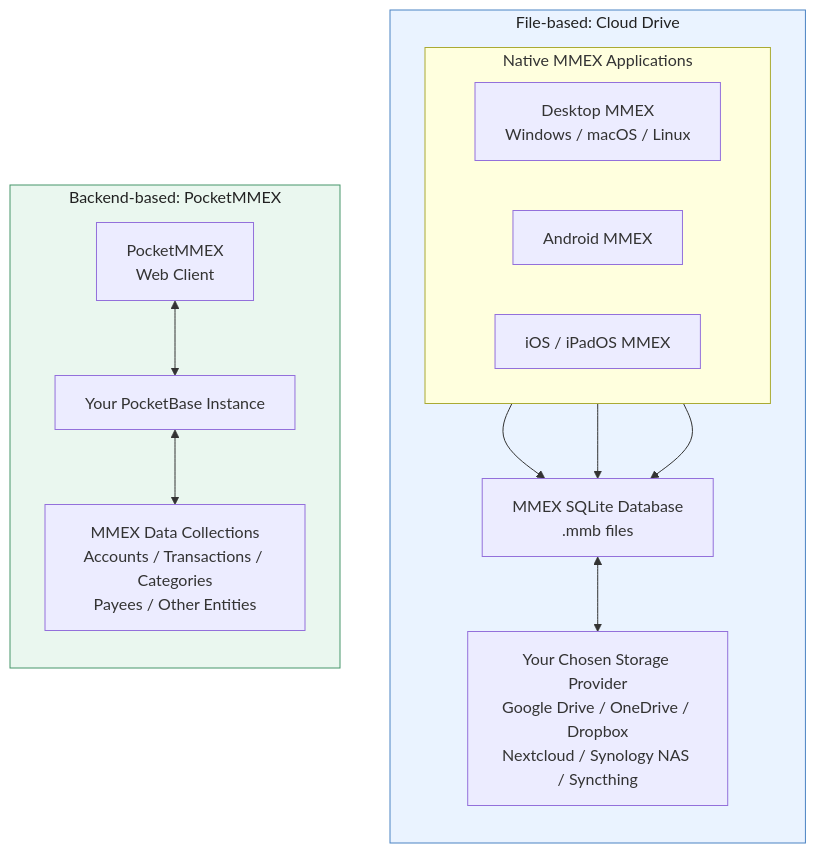
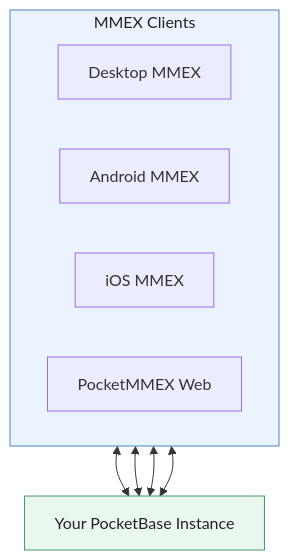
One commit to moneymanagerex/moneymanagerex.github.io changed the second of 2 diagrams in content/en/docs/features/usecloud/index.md. Above: the diagram before and after it, drawn with Mermaid. The commit also changed other lines of this file, not shown here.

````diff
--- a/content/en/docs/features/usecloud/index.md
+++ b/content/en/docs/features/usecloud/index.md
@@ -107,36 +129,20 @@
 ```mermaid
 flowchart TB
-    subgraph FILE["File-based: Cloud Drive"]
-        direction TB
-
-        subgraph NATIVE["Native MMEX Applications"]
-            direction LR
-            DESKTOP["Desktop MMEX<br/>Windows / macOS / Linux"]
-            ANDROID["Android MMEX"]
-            IOS["iOS / iPadOS MMEX"]
-        end
-
-        DB["MMEX SQLite Database<br/>.mmb files"]
-
-        CLOUD["Your Chosen Storage Provider<br/>Google Drive / OneDrive / Dropbox<br/>Nextcloud / Synology NAS / Syncthing"]
-
-        DESKTOP --> DB
-        ANDROID --> DB
-        IOS --> DB
-        DB <--> CLOUD
+    subgraph CLIENTS["MMEX Clients"]
+        direction LR
+        DESKTOP["Desktop MMEX"]
+        ANDROID["Android MMEX"]
+        IOS["iOS MMEX"]
+        WEB["PocketMMEX Web"]
     end
 
-    subgraph PB["Backend-based: PocketMMEX"]
-        direction TB
+    PB["Your PocketBase Instance"]
 
-        WEB["PocketMMEX<br/>Web Client"]
-        BACKEND["Your PocketBase Instance"]
-        RECORDS["MMEX Data Collections<br/>Accounts / Transactions / Categories<br/>Payees / Other Entities"]
+    DESKTOP <--> PB
+    ANDROID <--> PB
+    IOS <--> PB
+    WEB <--> PB
 
-        WEB <--> BACKEND
-        BACKEND <--> RECORDS
-    end
-
-    style FILE fill:#eaf3ff,stroke:#4b83c3,color:#222
+    style CLIENTS fill:#eaf3ff,stroke:#4b83c3,color:#222
     style PB fill:#eaf7ef,stroke:#46966a,color:#222
 ```
````
